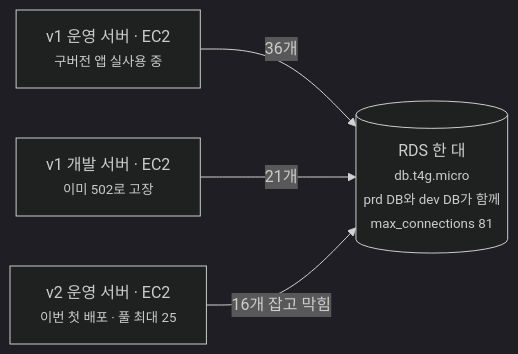
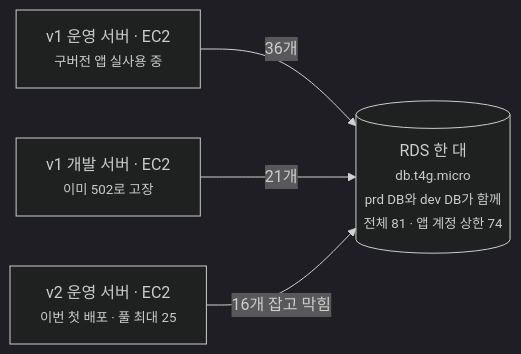
Before and after one commit to oownahcohc/oownahcohc.github.io: the first of 4 diagrams in src/content/blog/pool-size-and-alert-threshold.md, drawn with Mermaid (dark theme). The commit also changed other lines of this file, not shown here.

Commit message:
RDS 예약 연결 실측값으로 글 흐름을 정리한다

````diff
--- a/src/content/blog/pool-size-and-alert-threshold.md
+++ b/src/content/blog/pool-size-and-alert-threshold.md
@@ -55,10 +55,10 @@
 ```mermaid
 flowchart LR
     V1P["v1 운영 서버 · EC2<br/><small>구버전 앱 실사용 중</small>"]
     V1D["v1 개발 서버 · EC2<br/><small>이미 502로 고장</small>"]
     V2P["v2 운영 서버 · EC2<br/><small>이번 첫 배포 · 풀 최대 25</small>"]
-    DB[("RDS 한 대<br/><small>db.t4g.micro<br/>prd DB와 dev DB가 함께<br/>max_connections 81</small>")]
+    DB[("RDS 한 대<br/><small>db.t4g.micro<br/>prd DB와 dev DB가 함께<br/>전체 81 · 앱 계정 상한 74</small>")]
     V1P -->|"36개"| DB
     V1D -->|"21개"| DB
     V2P -->|"16개 잡고 막힘"| DB
 ```
````
